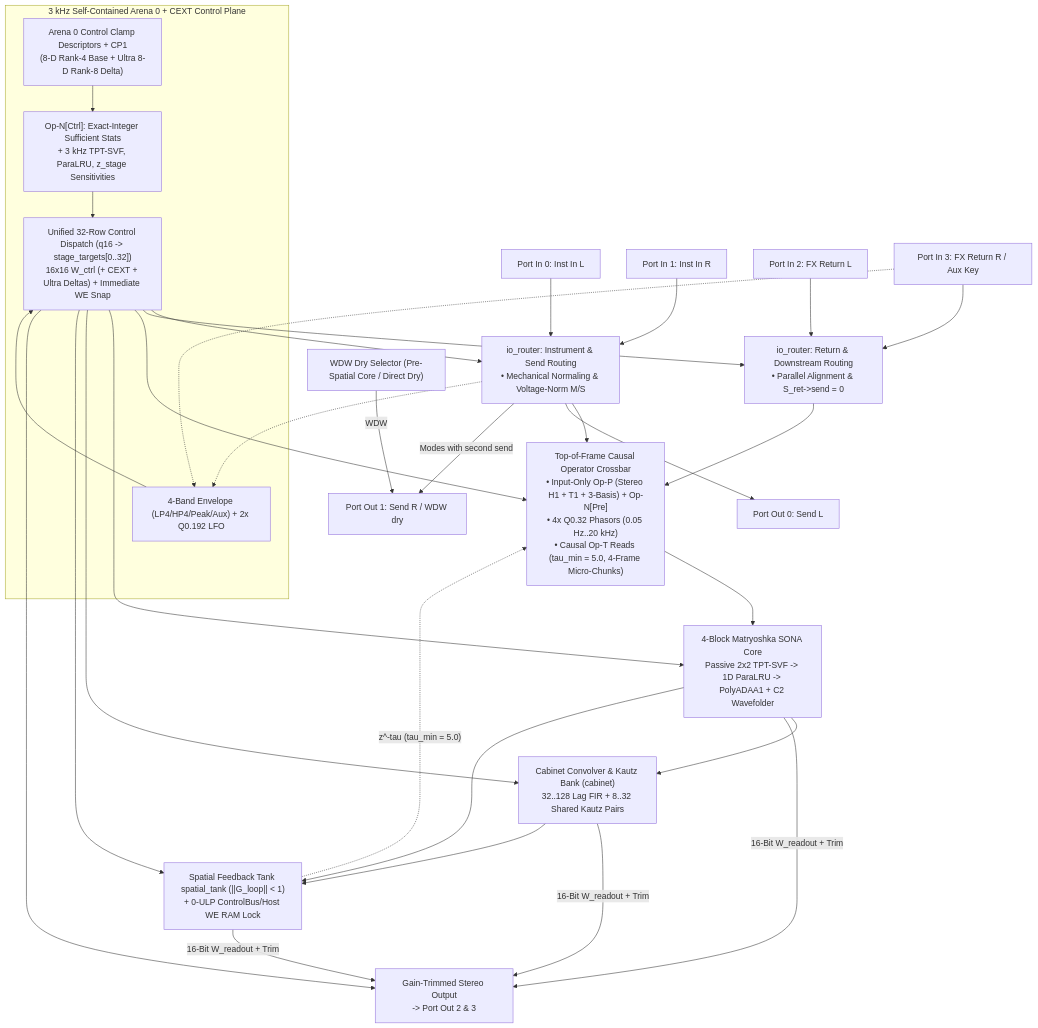
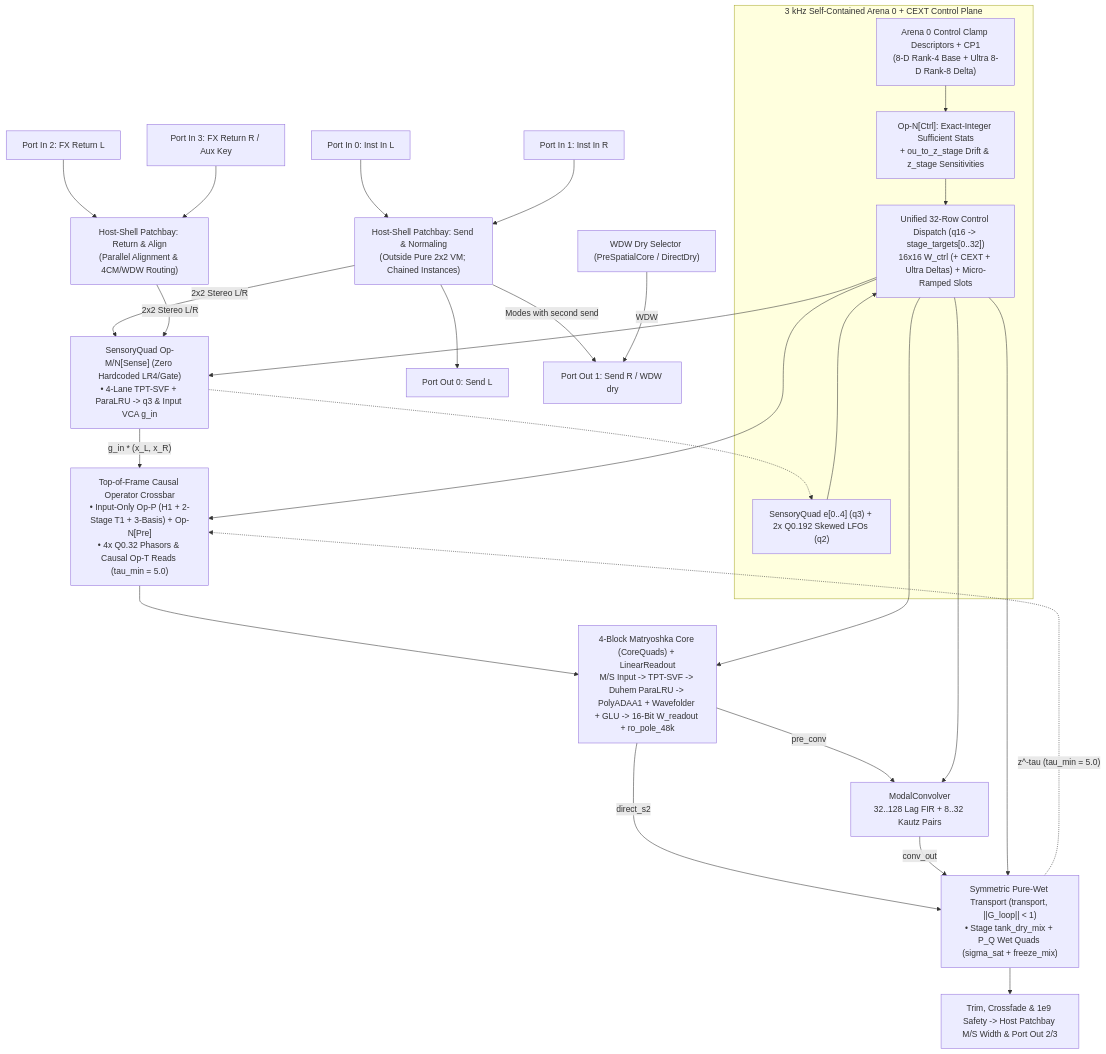
The fourth of 7 diagrams in docs/specs/architecture/sona_architecture.md (mokugen/dnam), drawn with Mermaid before and after one commit. The commit also changed other lines of this file and 26 other files, not shown here.

Commit message:
docs(specs): M10a pure 2x2 SONA VM boundary, Upgrades 1-6, and operator-neutral terminology

````diff
--- a/docs/specs/architecture/sona_architecture.md
+++ b/docs/specs/architecture/sona_architecture.md
@@ -514,26 +530,27 @@
 ```mermaid
 flowchart TD
     subgraph ControlBusGroup ["3 kHz Self-Contained Arena 0 + CEXT Control Plane"]
-        CtrlSrc["Arena 0 Control Clamp Descriptors + CP1<br/>(8-D Rank-4 Base + Ultra 8-D Rank-8 Delta)"] --> OpN["Op-N[Ctrl]: Exact-Integer Sufficient Stats<br/>+ 3 kHz TPT-SVF, ParaLRU, z_stage Sensitivities"]
-        EnvLfo["4-Band Envelope (LP4/HP4/Peak/Aux) + 2x Q0.192 LFO"] --> CtrlDispatch["Unified 32-Row Control Dispatch (q16 -> stage_targets[0..32])<br/>16x16 W_ctrl (+ CEXT + Ultra Deltas) + Immediate WE Snap"]
+        CtrlSrc["Arena 0 Control Clamp Descriptors + CP1<br/>(8-D Rank-4 Base + Ultra 8-D Rank-8 Delta)"] --> OpN["Op-N[Ctrl]: Exact-Integer Sufficient Stats<br/>+ ou_to_z_stage Drift & z_stage Sensitivities"]
+        EnvLfo["SensoryQuad e[0..4] (q3) + 2x Q0.192 Skewed LFOs (q2)"] --> CtrlDispatch["Unified 32-Row Control Dispatch (q16 -> stage_targets[0..32])<br/>16x16 W_ctrl (+ CEXT + Ultra Deltas) + Micro-Ramped Slots"]
         OpN --> CtrlDispatch
     end
 
-    In0["Port In 0: Inst In L"] & In1["Port In 1: Inst In R"] --> PreRouter["io_router: Instrument & Send Routing<br/>• Mechanical Normaling & Voltage-Norm M/S"]
-    In2["Port In 2: FX Return L"] & In3["Port In 3: FX Return R / Aux Key"] --> DownRouter["io_router: Return & Downstream Routing<br/>• Parallel Alignment & S_ret->send = 0"]
-    PreRouter & In3 -.-> EnvLfo
-
-    PreRouter --> Crossbar["Top-of-Frame Causal Operator Crossbar<br/>• Input-Only Op-P (Stereo H1 + T1 + 3-Basis) + Op-N[Pre]<br/>• 4x Q0.32 Phasors (0.05 Hz..20 kHz)<br/>• Causal Op-T Reads (tau_min = 5.0, 4-Frame Micro-Chunks)"]
+    In0["Port In 0: Inst In L"] & In1["Port In 1: Inst In R"] --> PreRouter["Host-Shell Patchbay: Send & Normaling<br/>(Outside Pure 2x2 VM; Chained Instances)"]
+    In2["Port In 2: FX Return L"] & In3["Port In 3: FX Return R / Aux Key"] --> DownRouter["Host-Shell Patchbay: Return & Align<br/>(Parallel Alignment & 4CM/WDW Routing)"]
     PreRouter --> Out0["Port Out 0: Send L"]
     PreRouter -->|"Modes with second send"| Out1["Port Out 1: Send R / WDW dry"]
-    DryTap["WDW Dry Selector (Pre-Spatial Core / Direct Dry)"] -->|"WDW"| Out1
-    DownRouter --> Crossbar
+    DryTap["WDW Dry Selector (PreSpatialCore / DirectDry)"] -->|"WDW"| Out1
 
-    Crossbar --> SonaCore["4-Block Matryoshka SONA Core<br/>Passive 2x2 TPT-SVF -> 1D ParaLRU -> PolyADAA1 + C2 Wavefolder"]
-    SonaCore --> Cabinet["Cabinet Convolver & Kautz Bank (cabinet)<br/>32..128 Lag FIR + 8..32 Shared Kautz Pairs"]
-    SonaCore & Cabinet & LoopFB -->|"16-Bit W_readout + Trim"| MixOut["Gain-Trimmed Stereo Output<br/>-> Port Out 2 & 3"]
-    SonaCore & Cabinet --> LoopFB["Spatial Feedback Tank spatial_tank (||G_loop|| < 1)<br/>+ 0-ULP ControlBus/Host WE RAM Lock"]
+    PreRouter & DownRouter -->|"2x2 Stereo L/R"| Sense["SensoryQuad Op-M/N[Sense] (Zero Hardcoded LR4/Gate)<br/>• 4-Lane TPT-SVF + ParaLRU -> q3 & Input VCA g_in"]
+    Sense -.-> EnvLfo
+    Sense -->|"g_in * (x_L, x_R)"| Crossbar["Top-of-Frame Causal Operator Crossbar<br/>• Input-Only Op-P (H1 + 2-Stage T1 + 3-Basis) + Op-N[Pre]<br/>• 4x Q0.32 Phasors & Causal Op-T Reads (tau_min = 5.0)"]
+
+    Crossbar --> SonaCore["4-Block Matryoshka Core (CoreQuads) + LinearReadout<br/>M/S Input -> TPT-SVF -> Duhem ParaLRU -> PolyADAA1 + Wavefolder + GLU -> 16-Bit W_readout + ro_pole_48k"]
+    SonaCore -->|"pre_conv"| Conv["ModalConvolver<br/>32..128 Lag FIR + 8..32 Kautz Pairs"]
+    SonaCore -->|"direct_s2"| LoopFB["Symmetric Pure-Wet Transport (transport, ||G_loop|| < 1)<br/>• Stage tank_dry_mix + P_Q Wet Quads (sigma_sat + freeze_mix)"]
+    Conv -->|"conv_out"| LoopFB
     LoopFB -. "z^-tau (tau_min = 5.0)" .-> Crossbar
+    LoopFB --> MixOut["Trim, Crossfade & 1e9 Safety -> Host Patchbay M/S Width & Port Out 2/3"]
 
-    CtrlDispatch --> PreRouter & DownRouter & Crossbar & SonaCore & Cabinet & LoopFB & MixOut
+    CtrlDispatch --> Sense & Crossbar & SonaCore & Conv & LoopFB
 ```
````
